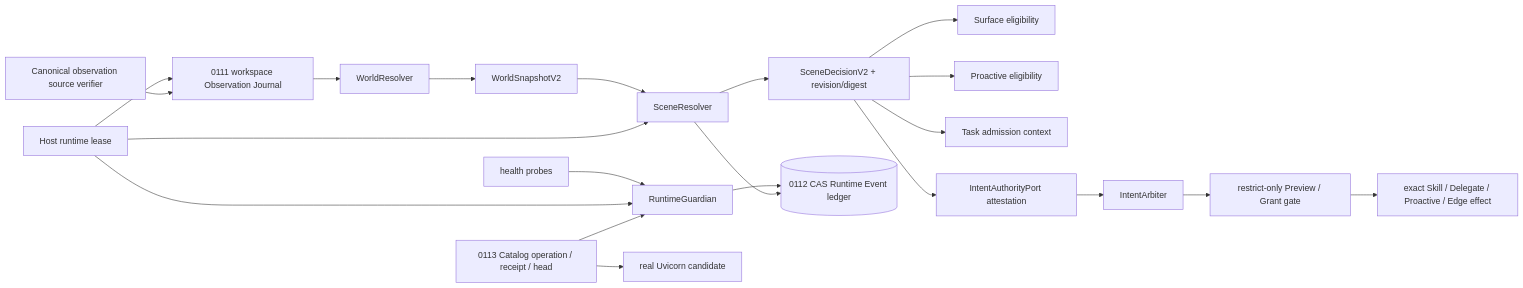
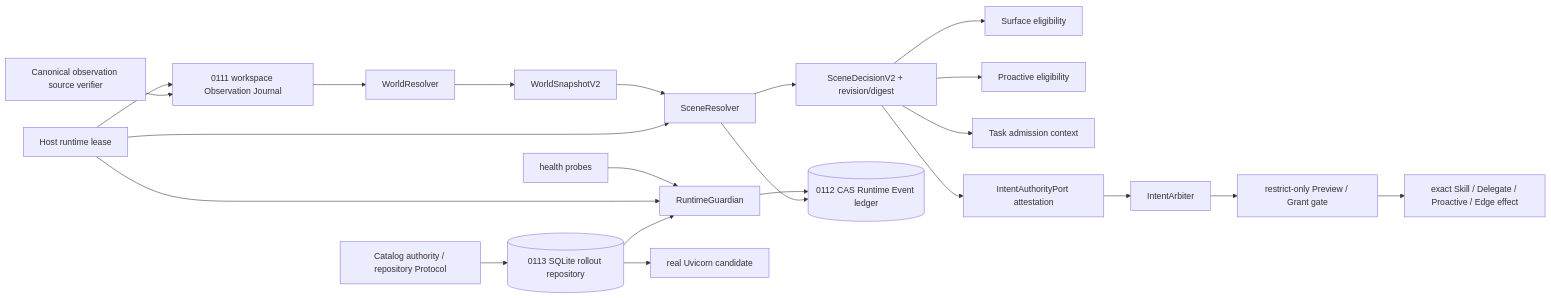
The seventh of 7 diagrams in docs/50_project/arch/DATA_FLOW_ARCHITECTURE.md (SakuraYoruno/Natsume_Ai), drawn with Mermaid before and after one commit. The commit also changed other lines of this file and 24 other files, not shown here.

````diff
--- a/docs/50_project/arch/DATA_FLOW_ARCHITECTURE.md
+++ b/docs/50_project/arch/DATA_FLOW_ARCHITECTURE.md
@@ -777,23 +779,24 @@
 ```mermaid
 flowchart LR
     Obs[0111 workspace Observation Journal] --> World[WorldResolver]
     World --> Snapshot[WorldSnapshotV2]
     Snapshot --> Scene[SceneResolver]
     Scene --> Decision[SceneDecisionV2 + revision/digest]
     Decision --> Surface[Surface eligibility]
     Decision --> Proactive[Proactive eligibility]
     Decision --> Task[Task admission context]
     Decision --> Authority[IntentAuthorityPort attestation]
     Authority --> Intent[IntentArbiter]
     Intent --> Preview[restrict-only Preview / Grant gate]
     Preview --> Terminal[exact Skill / Delegate / Proactive / Edge effect]
     Health[health probes] --> Guardian[RuntimeGuardian]
     Lease[Host runtime lease] --> Guardian
     Lease --> Obs
     Lease --> Scene
     Source[Canonical observation source verifier] --> Obs
     Guardian --> Events[(0112 CAS Runtime Event ledger)]
     Scene --> Events
-    Catalog[0113 Catalog operation / receipt / head] --> Guardian
-    Catalog --> HostStart[real Uvicorn candidate]
+    Catalog[Catalog authority / repository Protocol] --> CatalogRepo[(0113 SQLite rollout repository)]
+    CatalogRepo --> Guardian
+    CatalogRepo --> HostStart[real Uvicorn candidate]
 ```
````
